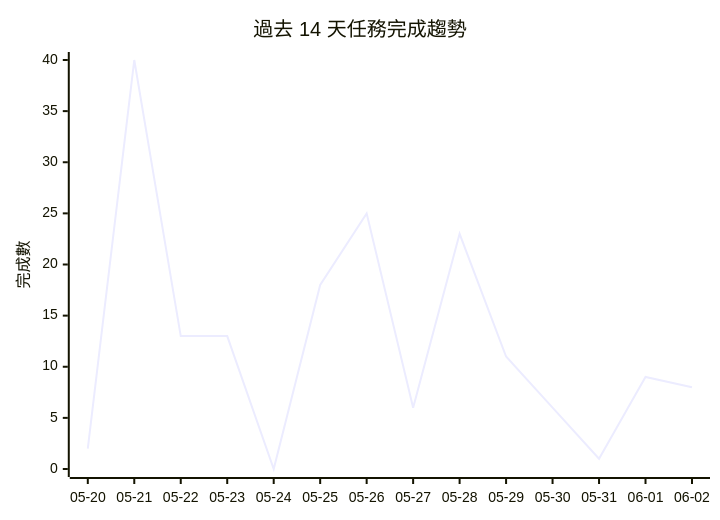
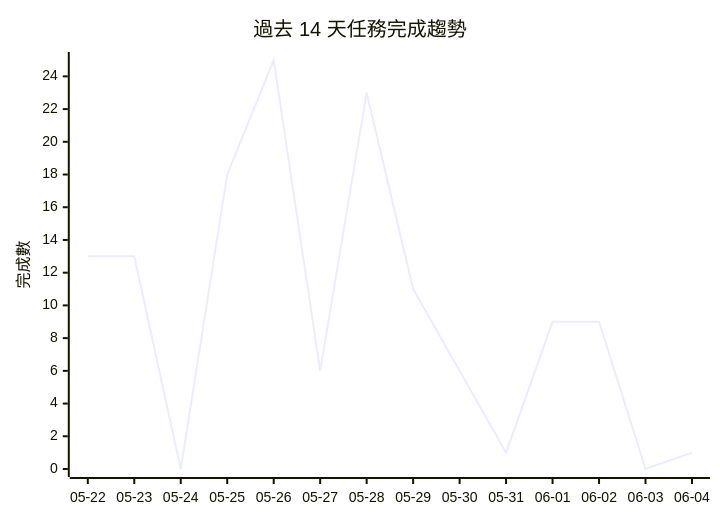
Before and after one commit to openclawchen8-lgtm/openclawchen8-lgtm: the diagram in README.md, drawn with Mermaid. The commit also changed other lines of this file, not shown here.

````diff
--- a/README.md
+++ b/README.md
@@ -176,7 +173,7 @@
 ```mermaid
 xychart-beta
     title "過去 14 天任務完成趨勢"
-    x-axis ["05-20", "05-21", "05-22", "05-23", "05-24", "05-25", "05-26", "05-27", "05-28", "05-29", "05-30", "05-31", "06-01", "06-02"]
-    y-axis "完成數" 0 --> 40
-    line [2, 40, 13, 13, 0, 18, 25, 6, 23, 11, 6, 1, 9, 8]
+    x-axis ["05-22", "05-23", "05-24", "05-25", "05-26", "05-27", "05-28", "05-29", "05-30", "05-31", "06-01", "06-02", "06-03", "06-04"]
+    y-axis "完成數" 0 --> 25
+    line [13, 13, 0, 18, 25, 6, 23, 11, 6, 1, 9, 9, 0, 1]
 ```
````
